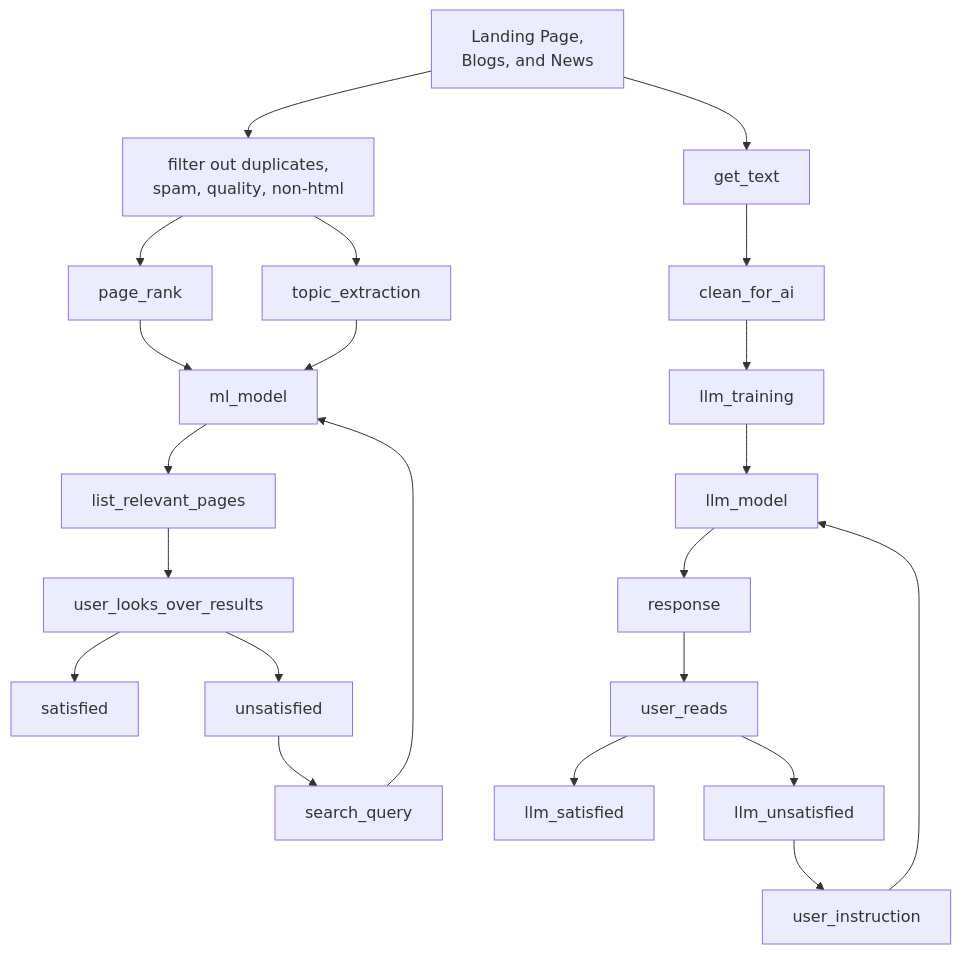
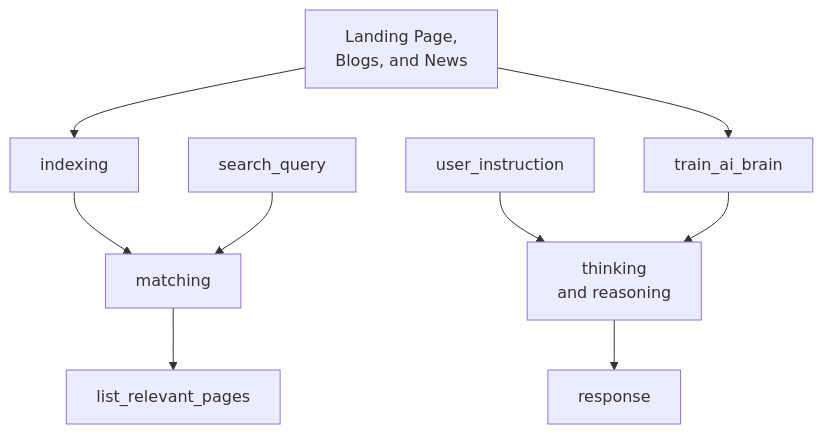
The diagram in diagrams/trad_ai_content_marketing.mmd (kirilligum/prls.co), drawn with Mermaid before and after one commit. The commit also changed 1 other file, not shown here.

```diff
--- a/diagrams/trad_ai_content_marketing.mmd
+++ b/diagrams/trad_ai_content_marketing.mmd
@@ -1,23 +1,10 @@
 graph TD
-landing_page["Landing Page,<br/>Blogs, and News"] -->ws_clean["filter out duplicates,<br/>spam, quality, non-html"]
-ws_clean -->page_rank
-ws_clean -->topic_extraction
-page_rank -->ml_model
-topic_extraction -->ml_model
-search_query -->ml_model
-ml_model -->list_relevant_pages
-list_relevant_pages -->user_looks_over_results
-user_looks_over_results -->satisfied
-user_looks_over_results -->unsatisfied
-unsatisfied -->search_query
+landing_page["Landing Page,<br/>Blogs, and News"] -->indexing
+indexing -->matching
+search_query -->matching
+matching -->list_relevant_pages
 
-landing_page -->get_text
-get_text -->clean_for_ai
-clean_for_ai -->llm_training
-llm_training -->llm_model
-user_instruction -->llm_model
-llm_model -->response
-response -->user_reads
-user_reads -->llm_satisfied
-user_reads -->llm_unsatisfied
-llm_unsatisfied -->user_instruction
+landing_page -->train_ai_brain
+user_instruction -->thinking["thinking<br/>and reasoning"]
+train_ai_brain -->thinking
+thinking -->response
```
